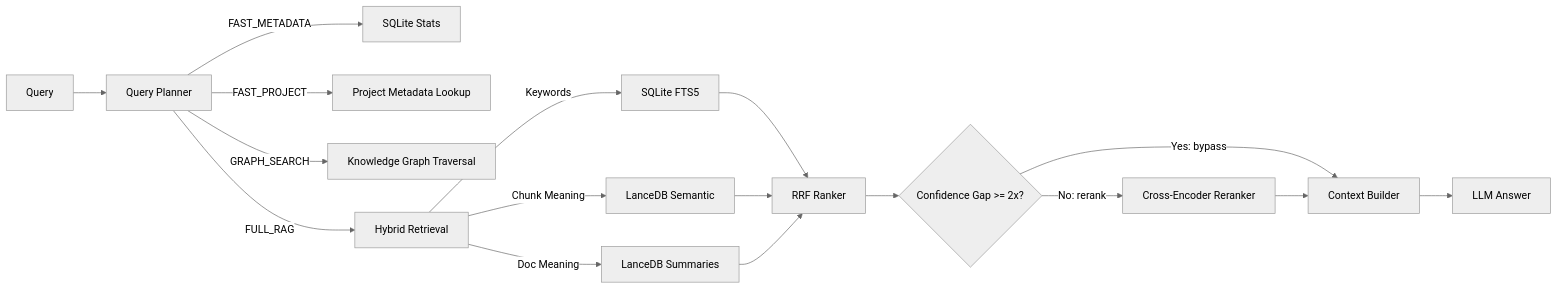
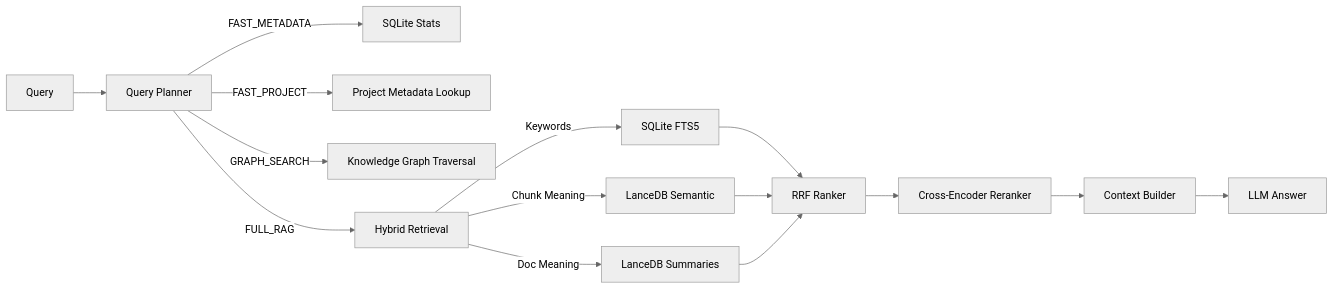
Before and after one commit to Binitpyro/Personal_Memory_Assistant: the second of 2 diagrams in README.md, drawn with Mermaid (neutral theme). The commit also changed other lines of this file and 1 other file, not shown here.

Commit message:
docs: audit register statuses, README hardware and reranker notes

````diff
--- a/README.md
+++ b/README.md
@@ -227,21 +227,19 @@
 ```mermaid
 graph LR
     A[Query] --> P[Query Planner]
 
     P -->|FAST_METADATA| M[SQLite Stats]
     P -->|FAST_PROJECT| J[Project Metadata Lookup]
     P -->|GRAPH_SEARCH| K[Knowledge Graph Traversal]
 
     P -->|FULL_RAG| B[Hybrid Retrieval]
     B -->|Keywords| C[SQLite FTS5]
     B -->|Chunk Meaning| D[LanceDB Semantic]
     B -->|Doc Meaning| N[LanceDB Summaries]
     C --> E[RRF Ranker]
     D --> E
     N --> E
-    E --> R{Confidence Gap >= 2x?}
-    R -->|Yes: bypass| F[Context Builder]
-    R -->|No: rerank| Q[Cross-Encoder Reranker]
-    Q --> F
+    E --> Q[Cross-Encoder Reranker]
+    Q --> F[Context Builder]
     F --> L[LLM Answer]
 ```
````
